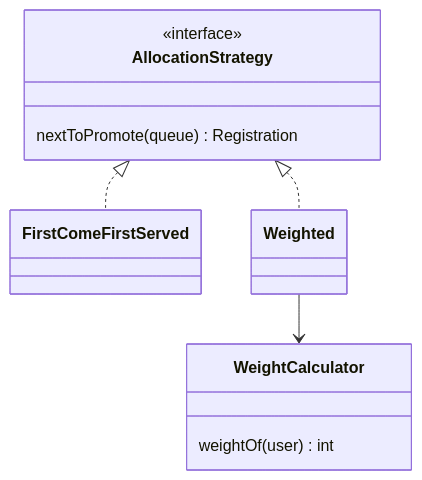
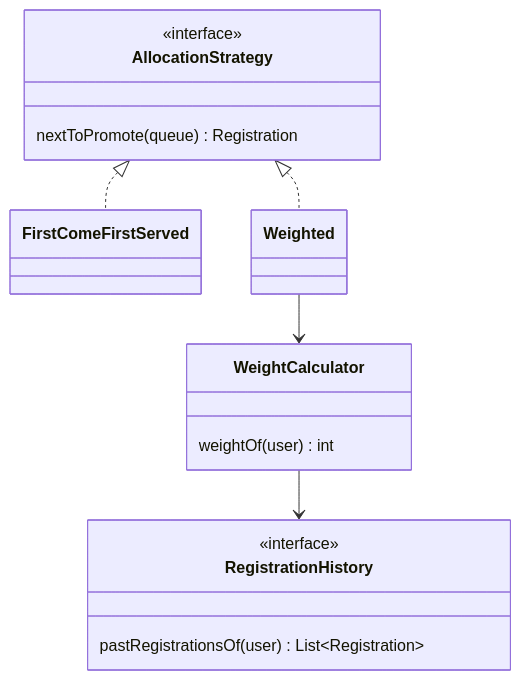
One commit to youknowedo/oop-project changed the fifth of 6 diagrams in ARCHITECTURE.md. Above: the diagram before and after it, drawn with Mermaid. The commit also changed other lines of this file, not shown here.

Commit message:
Address review comments on authentication, CI, deletion, weight history and notifier naming

````diff
--- a/ARCHITECTURE.md
+++ b/ARCHITECTURE.md
@@ -256,15 +256,20 @@
 ```mermaid
 classDiagram
     class AllocationStrategy {
         <<interface>>
         nextToPromote(queue) Registration
     }
     class FirstComeFirstServed
     class Weighted
     class WeightCalculator {
         weightOf(user) int
     }
+    class RegistrationHistory {
+        <<interface>>
+        pastRegistrationsOf(user) List~Registration~
+    }
     AllocationStrategy <|.. FirstComeFirstServed
     AllocationStrategy <|.. Weighted
     Weighted --> WeightCalculator
+    WeightCalculator --> RegistrationHistory
 ```
````
